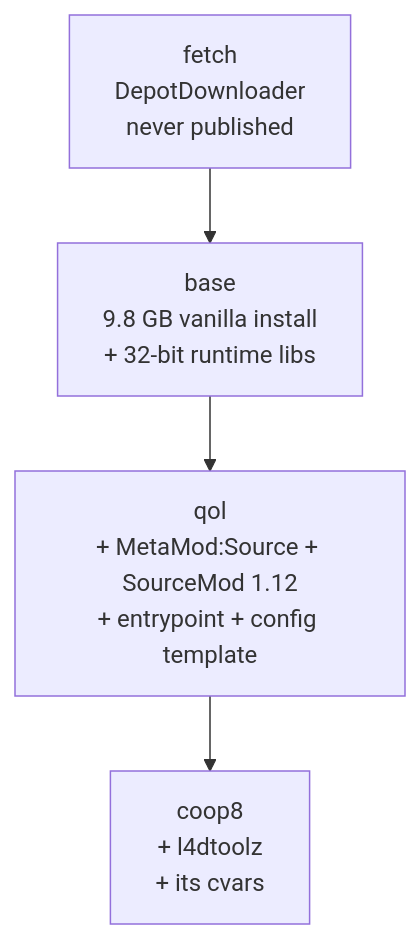
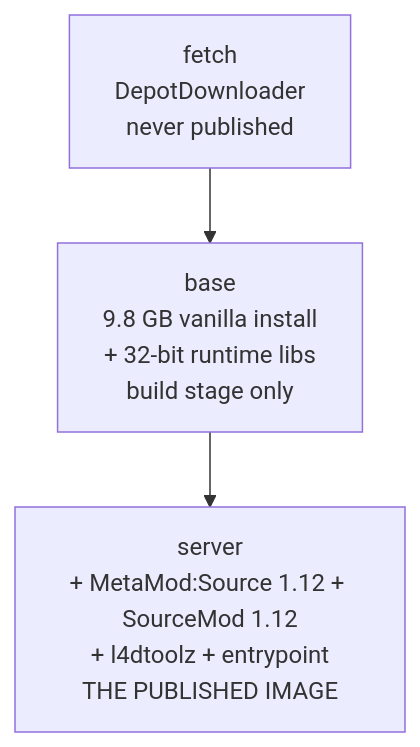
One commit to Delnegend/l4d2-linux-server changed the diagram in docs/architecture.md. Above: the diagram before and after it, drawn with Mermaid. The commit also changed other lines of this file and 4 other files, not shown here.

First line of the commit message:
docs: lead with the prebuilt image, move source builds to advanced

````diff
--- a/docs/architecture.md
+++ b/docs/architecture.md
@@ -9,7 +9,6 @@
 ```mermaid
 graph TD
     fetch["fetch<br/>DepotDownloader<br/>never published"] --> base
-    base["base<br/>9.8 GB vanilla install<br/>+ 32-bit runtime libs"] --> qol
-    qol["qol<br/>+ MetaMod:Source + SourceMod 1.12<br/>+ entrypoint + config template"] --> coop8
-    coop8["coop8<br/>+ l4dtoolz<br/>+ its cvars"]
+    base["base<br/>9.8 GB vanilla install<br/>+ 32-bit runtime libs<br/>build stage only"] --> server
+    server["server<br/>+ MetaMod:Source 1.12 + SourceMod 1.12<br/>+ l4dtoolz + entrypoint<br/>THE PUBLISHED IMAGE"]
 ```
````
